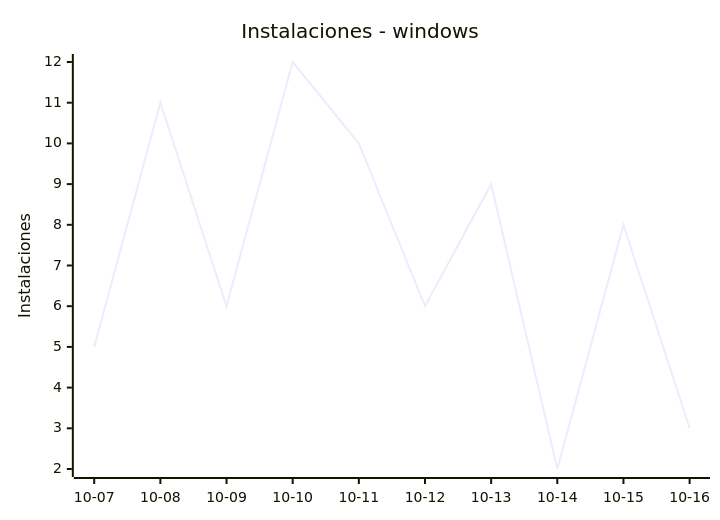
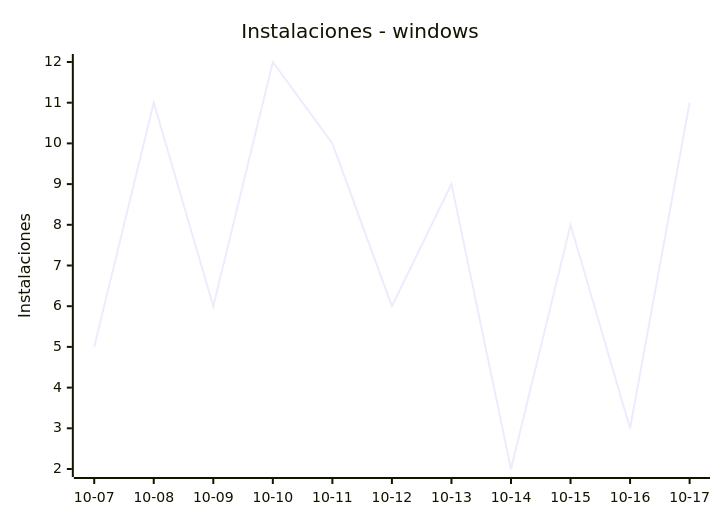
One commit to EmuDeck/stats changed the sixth of 8 diagrams in README.md. Above: the diagram before and after it, drawn with Mermaid. The commit also changed other lines of this file and 2 other files, not shown here.

````diff
--- a/README.md
+++ b/README.md
@@ -68,7 +68,7 @@
 ```mermaid
 xychart-beta
     title "Instalaciones - windows"
-    x-axis ["10-07", "10-08", "10-09", "10-10", "10-11", "10-12", "10-13", "10-14", "10-15", "10-16"]
+    x-axis ["10-07", "10-08", "10-09", "10-10", "10-11", "10-12", "10-13", "10-14", "10-15", "10-16", "10-17"]
     y-axis "Instalaciones"
-    line [5, 11, 6, 12, 10, 6, 9, 2, 8, 3]
+    line [5, 11, 6, 12, 10, 6, 9, 2, 8, 3, 11]
 ```
````
